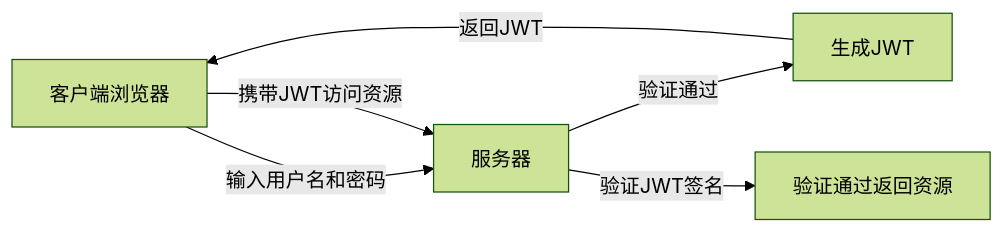
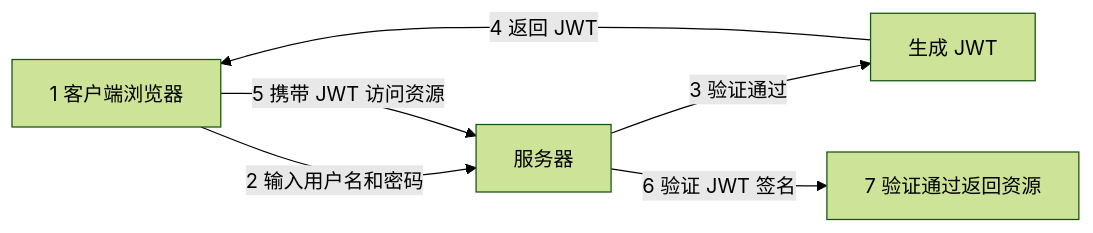
The first of 4 diagrams in System Design/四种常见的身份认证与授权机制的原理及适用场景.md (uwspstar/20-Day-Challenge-List), drawn with Mermaid (forest theme) before and after one commit. The commit also changed other lines of this file, not shown here.

````diff
--- a/System Design/四种常见的身份认证与授权机制的原理及适用场景.md
+++ b/System Design/四种常见的身份认证与授权机制的原理及适用场景.md
@@ -12,8 +12,8 @@
 ```mermaid
 flowchart LR
-    Client[客户端浏览器] -->|输入用户名和密码| Server[服务器]
-    Server -->|验证通过| GenerateJWT[生成JWT]
-    GenerateJWT -->|返回JWT| Client
-    Client -->|携带JWT访问资源| Server
-    Server -->|验证JWT签名| VerifyJWT[验证通过返回资源]
+    Client[1 客户端浏览器] -->|2 输入用户名和密码| Server[服务器]
+    Server -->|3 验证通过| GenerateJWT[生成 JWT]
+    GenerateJWT -->|4 返回 JWT| Client
+    Client -->|5 携带 JWT 访问资源| Server
+    Server -->|6 验证 JWT 签名| VerifyJWT[7 验证通过返回资源]
 ```
````
